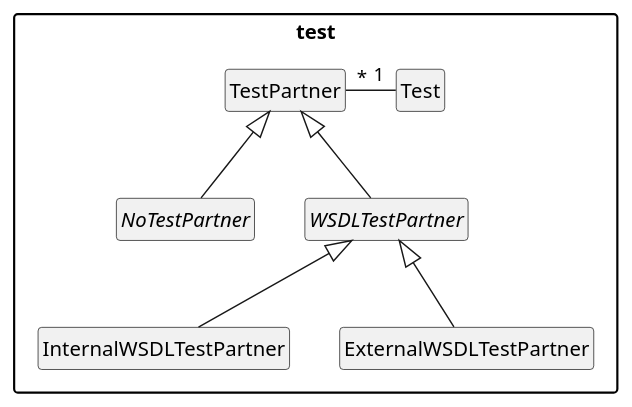
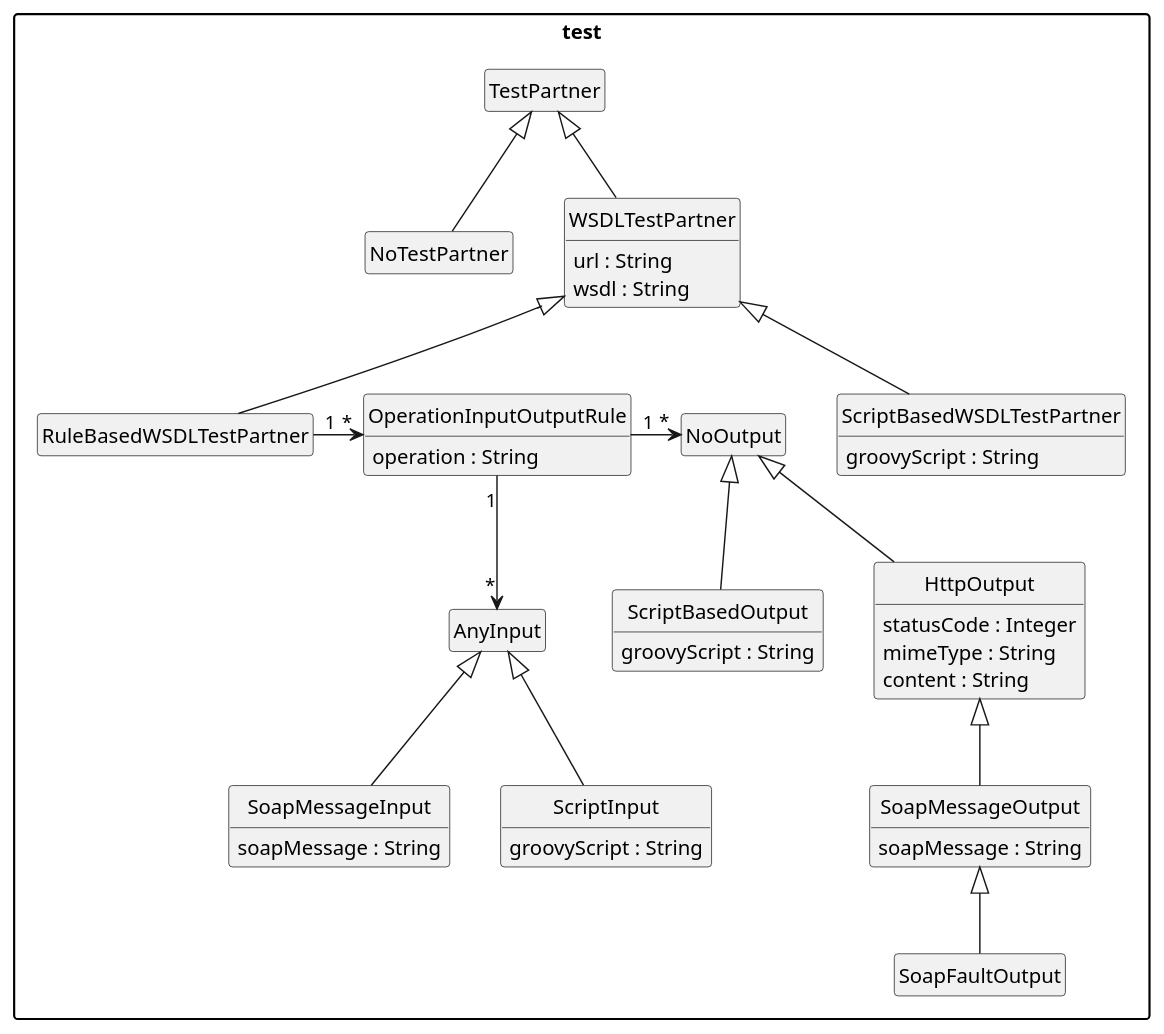
Before and after one commit to uniba-dsg/betsy: the diagram in pebl/doc/benchmark-test-partner.puml, drawn with PlantUML. The commit also changed 43 other files, not shown here.

```diff
--- a/pebl/doc/benchmark-test-partner.puml
+++ b/pebl/doc/benchmark-test-partner.puml
@@ -1,25 +1,60 @@
 @startuml
 package "test" {
 
-   interface NoTestPartner extends TestPartner
-   interface WSDLTestPartner extends TestPartner
-   class InternalWSDLTestPartner extends WSDLTestPartner
-   class ExternalWSDLTestPartner extends WSDLTestPartner
+   class NoTestPartner extends TestPartner
+   class WSDLTestPartner extends TestPartner {
+     url : String
+     wsdl : String
+   }
+   class RuleBasedWSDLTestPartner extends WSDLTestPartner
+   class ScriptBasedWSDLTestPartner extends WSDLTestPartner {
+     groovyScript : String
+   }
 
-	class Test {
-	}
+   class OperationInputOutputRule {
+        operation : String
+   }
+
+
+
+   class AnyInput
+   class SoapMessageInput extends AnyInput {
+     soapMessage : String
+   }
+   class ScriptInput extends AnyInput {
+      groovyScript : String
+   }
+
+
+   class NoOutput
+   class HttpOutput extends NoOutput {
+       statusCode : Integer
+       mimeType : String
+       content : String
+   }
+   class SoapMessageOutput extends HttpOutput {
+          soapMessage : String
+      }
+   class SoapFaultOutput extends SoapMessageOutput
+   class ScriptBasedOutput extends NoOutput {
+       groovyScript : String
+   }
+
+
 
 	class TestPartner
 
 }
 
-Test "1" -left- "*" TestPartner
+RuleBasedWSDLTestPartner "1" -right-> "*" OperationInputOutputRule
+OperationInputOutputRule "1" -down-> "*" AnyInput
+OperationInputOutputRule "1" -right-> "*" NoOutput
 
 hide empty members
 hide empty methods
 hide circle
 
 skinparam monochrome true
 skinparam shadowing false
 skinparam packageStyle rect
 @enduml
```
